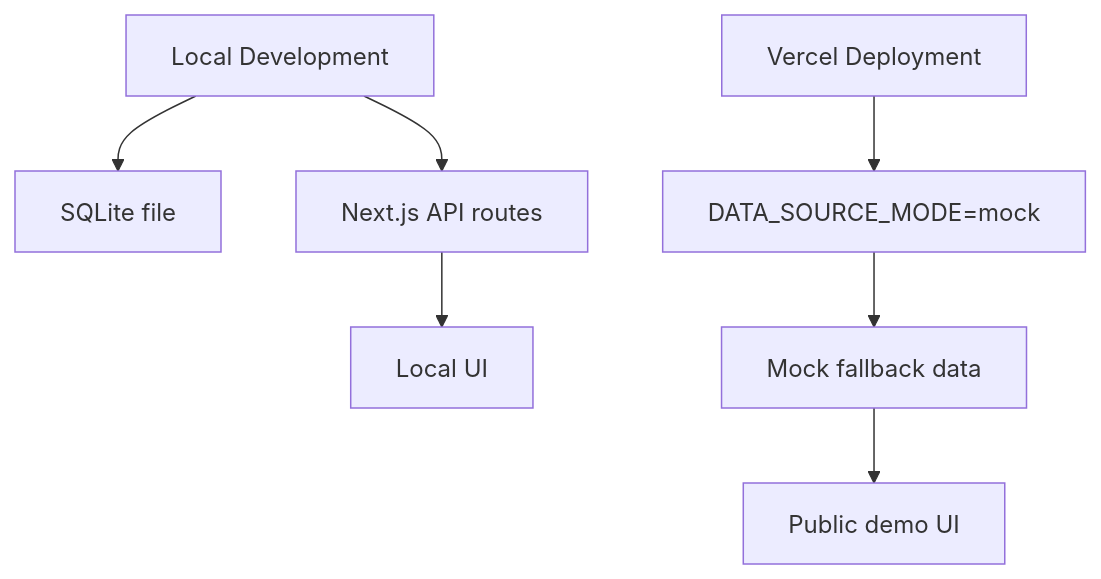
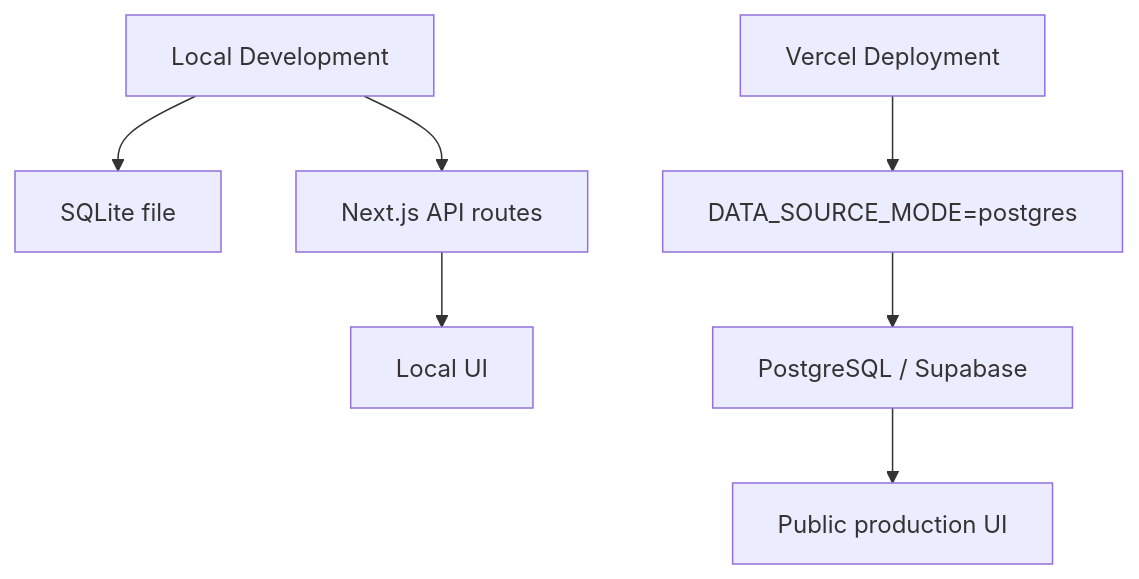
The third of 3 diagrams in project-docs/SYSTEM_ARCHITECTURE.md (021016ltc-commits/brazil-ai-commerce-os-web), drawn with Mermaid before and after one commit. The commit also changed other lines of this file and 56 other files, not shown here.

Commit message:
enforce real data mode and page standards

````diff
--- a/project-docs/SYSTEM_ARCHITECTURE.md
+++ b/project-docs/SYSTEM_ARCHITECTURE.md
@@ -150,10 +149,10 @@
 ```mermaid
 flowchart TD
   Local["Local Development"] --> LocalSQLite["SQLite file"]
   Local --> LocalAPI["Next.js API routes"]
   LocalAPI --> LocalUI["Local UI"]
 
-  Vercel["Vercel Deployment"] --> VercelEnv["DATA_SOURCE_MODE=mock"]
-  VercelEnv --> MockData["Mock fallback data"]
-  MockData --> VercelUI["Public demo UI"]
+  Vercel["Vercel Deployment"] --> VercelEnv["DATA_SOURCE_MODE=postgres"]
+  VercelEnv --> Postgres["PostgreSQL / Supabase"]
+  Postgres --> VercelUI["Public production UI"]
 ```
````
